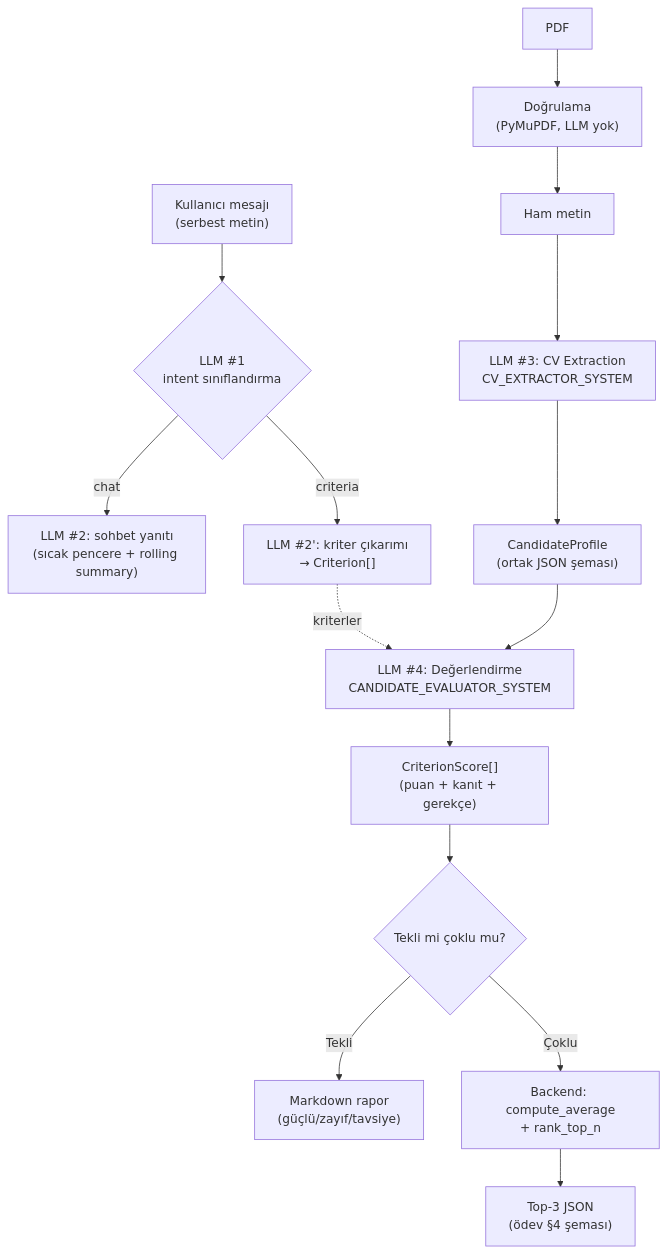
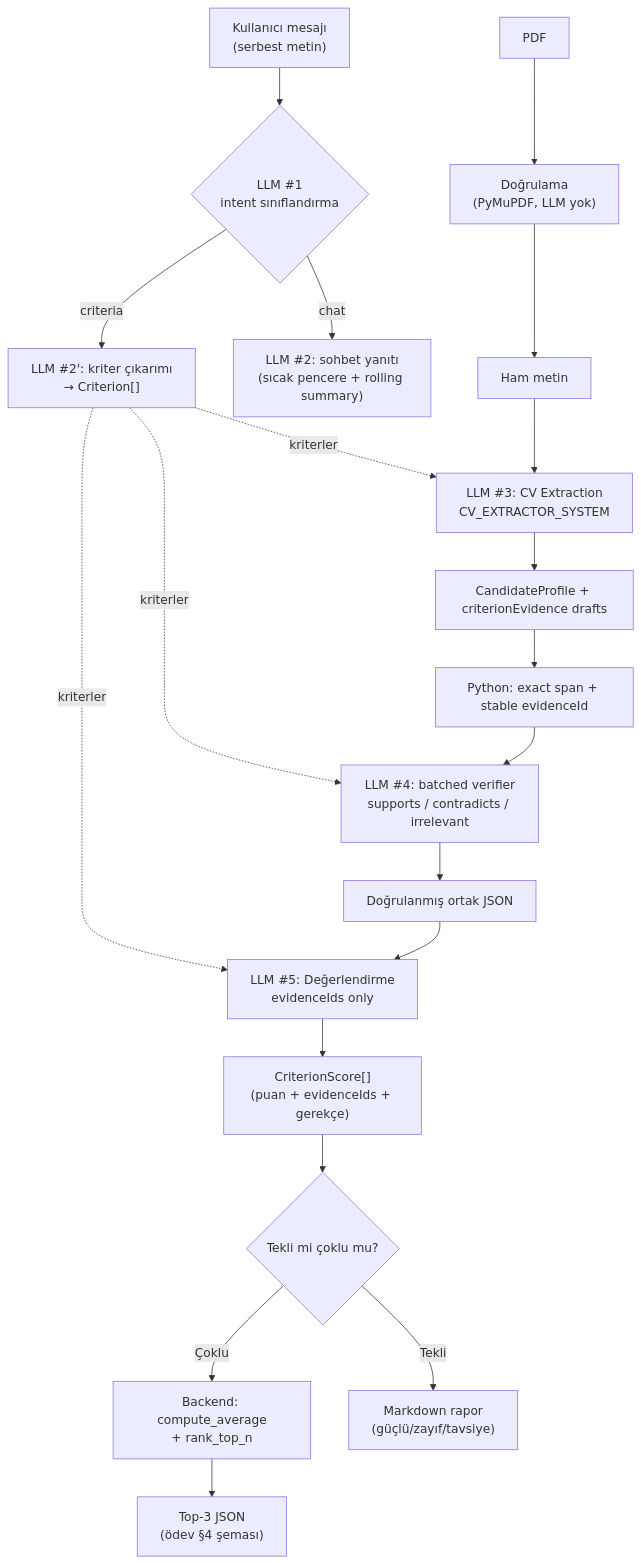
Before and after one commit to semihbugrasezer/sisoft-project: the diagram in docs/LLM_PIPELINE.md, drawn with Mermaid. The commit also changed other lines of this file and 20 other files, not shown here.

Commit message:
fix(cv): bind scoring to verified criterion evidence (#32)

````diff
--- a/docs/LLM_PIPELINE.md
+++ b/docs/LLM_PIPELINE.md
@@ -17,20 +18,25 @@
 ```mermaid
 flowchart TD
     U["Kullanıcı mesajı<br/>(serbest metin)"] --> I{"LLM #1<br/>intent sınıflandırma"}
     I -->|chat| C["LLM #2: sohbet yanıtı<br/>(sıcak pencere + rolling summary)"]
     I -->|criteria| CR["LLM #2': kriter çıkarımı<br/>→ Criterion[]"]
 
     P[PDF] --> V["Doğrulama<br/>(PyMuPDF, LLM yok)"]
     V --> T[Ham metin]
     T --> E["LLM #3: CV Extraction<br/>CV_EXTRACTOR_SYSTEM"]
-    E --> CP["CandidateProfile<br/>(ortak JSON şeması)"]
+    CR -.kriterler.-> E
+    E --> CP["CandidateProfile + criterionEvidence drafts"]
+    CP --> G["Python: exact span + stable evidenceId"]
+    G --> VR["LLM #4: batched verifier<br/>supports / contradicts / irrelevant"]
+    CR -.kriterler.-> VR
+    VR --> NP["Doğrulanmış ortak JSON"]
 
     CR -.kriterler.-> EV
-    CP --> EV["LLM #4: Değerlendirme<br/>CANDIDATE_EVALUATOR_SYSTEM"]
-    EV --> CS["CriterionScore[]<br/>(puan + kanıt + gerekçe)"]
+    NP --> EV["LLM #5: Değerlendirme<br/>evidenceIds only"]
+    EV --> CS["CriterionScore[]<br/>(puan + evidenceIds + gerekçe)"]
 
     CS --> S{Tekli mi çoklu mu?}
     S -->|Tekli| MD["Markdown rapor<br/>(güçlü/zayıf/tavsiye)"]
     S -->|Çoklu| AVG["Backend: compute_average<br/>+ rank_top_n"]
     AVG --> J["Top-3 JSON<br/>(ödev §4 şeması)"]
 ```
````
